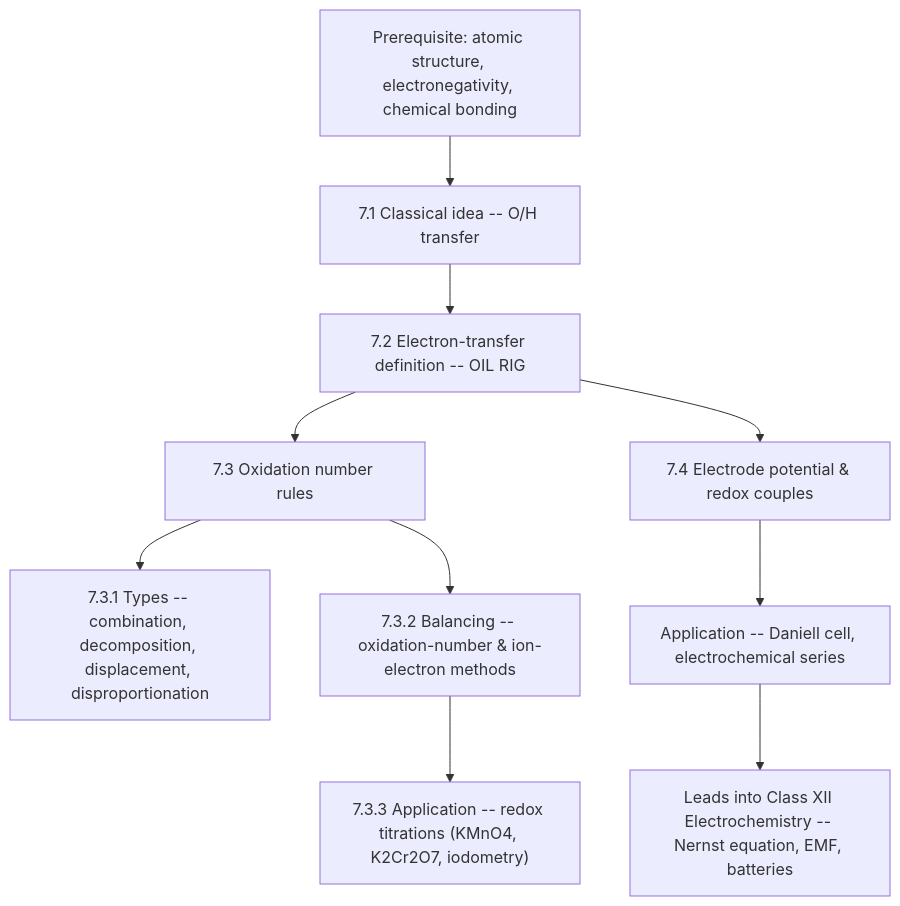
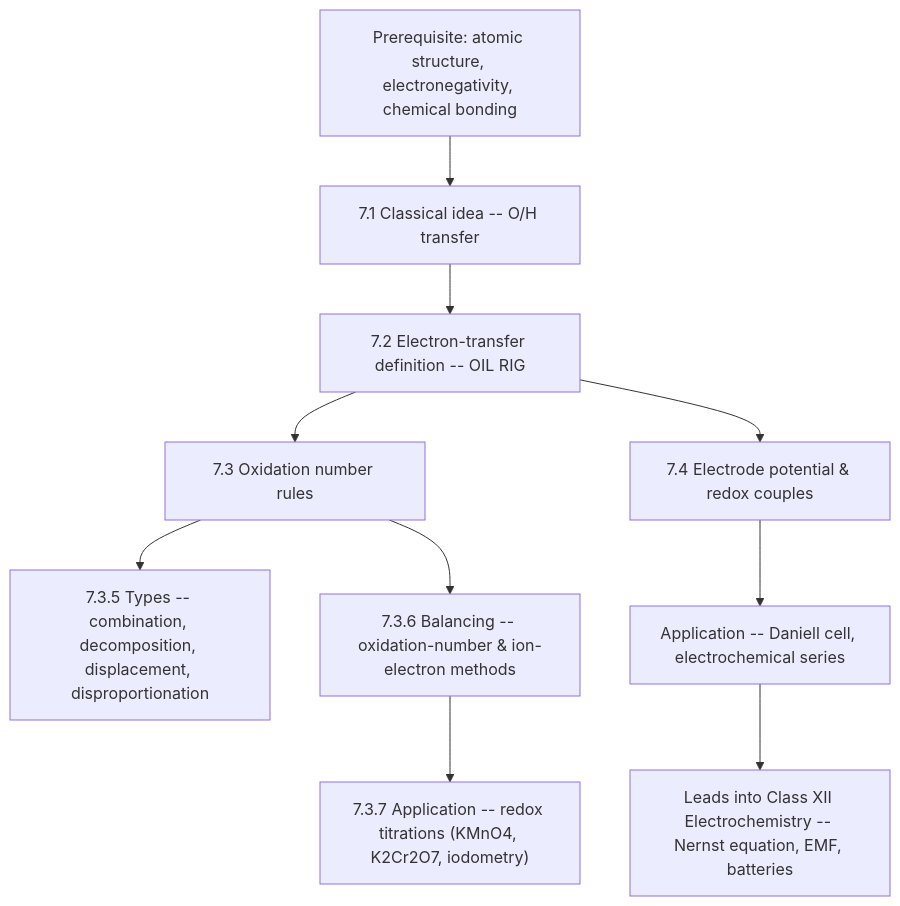
Before and after one commit to fsr-science/NCERT-Science: the first of 4 diagrams in AI-NOTES/CHEMISTRY/CHEMISTRY07-REDOX_REACTIONS/CHEMISTRY07-REDOX_REACTIONS-NOTES.md, drawn with Mermaid. The commit also changed other lines of this file and 2 other files, not shown here.

````diff
--- a/AI-NOTES/CHEMISTRY/CHEMISTRY07-REDOX_REACTIONS/CHEMISTRY07-REDOX_REACTIONS-NOTES.md
+++ b/AI-NOTES/CHEMISTRY/CHEMISTRY07-REDOX_REACTIONS/CHEMISTRY07-REDOX_REACTIONS-NOTES.md
@@ -14,12 +59,12 @@
 ```mermaid
 flowchart TD
     P1["Prerequisite: atomic structure, electronegativity, chemical bonding"] --> C1["7.1 Classical idea -- O/H transfer"]
     C1 --> C2["7.2 Electron-transfer definition -- OIL RIG"]
     C2 --> C3["7.3 Oxidation number rules"]
-    C3 --> C4["7.3.1 Types -- combination, decomposition, displacement, disproportionation"]
-    C3 --> C5["7.3.2 Balancing -- oxidation-number & ion-electron methods"]
-    C5 --> A1["7.3.3 Application -- redox titrations (KMnO4, K2Cr2O7, iodometry)"]
+    C3 --> C4["7.3.5 Types -- combination, decomposition, displacement, disproportionation"]
+    C3 --> C5["7.3.6 Balancing -- oxidation-number & ion-electron methods"]
+    C5 --> A1["7.3.7 Application -- redox titrations (KMnO4, K2Cr2O7, iodometry)"]
     C2 --> C6["7.4 Electrode potential & redox couples"]
     C6 --> A2["Application -- Daniell cell, electrochemical series"]
     A2 --> A3["Leads into Class XII Electrochemistry -- Nernst equation, EMF, batteries"]
 ```
````
